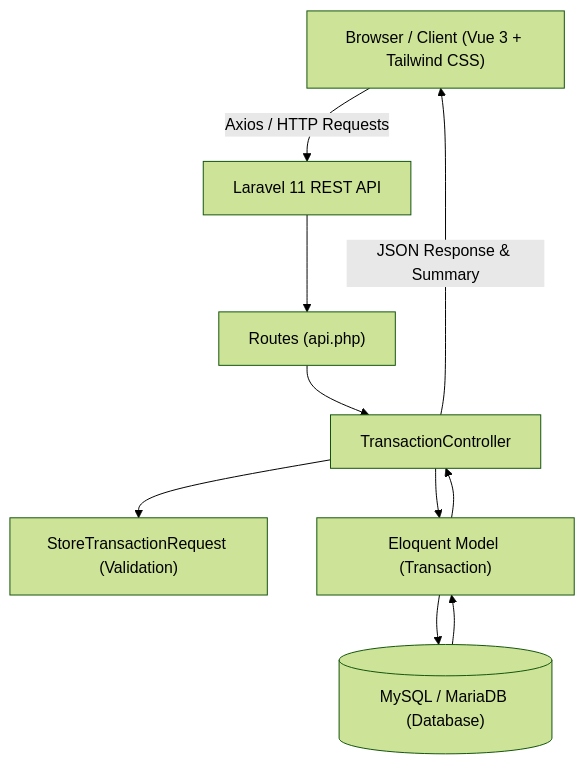
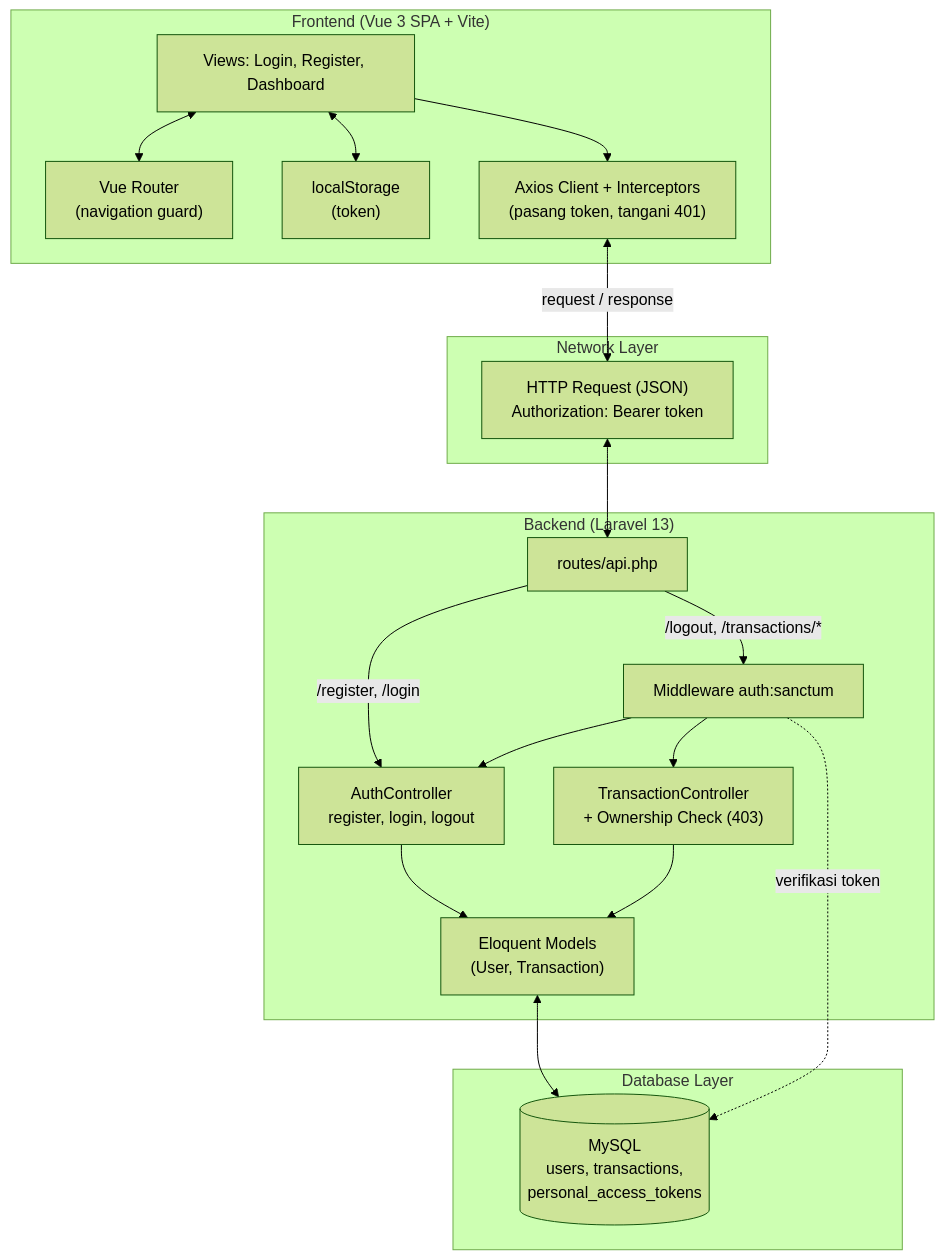
One commit to frielssa/pocket-tracker changed the first of 3 diagrams in README.md. Above: the diagram before and after it, drawn with Mermaid (forest theme). The commit also changed other lines of this file, not shown here.

````diff
--- a/README.md
+++ b/README.md
@@ -44,12 +49,39 @@
 ```mermaid
-graph TD
-    User["Browser / Client (Vue 3 + Tailwind CSS)"] -->|Axios / HTTP Requests| Laravel["Laravel 11 REST API"]
-    Laravel --> Router["Routes (api.php)"]
-    Router --> Controller["TransactionController"]
-    Controller --> Request["StoreTransactionRequest (Validation)"]
-    Controller --> Eloquent["Eloquent Model (Transaction)"]
-    Eloquent --> DB[("MySQL / MariaDB (Database)")]
-    DB --> Eloquent
-    Eloquent --> Controller
-    Controller -->|JSON Response & Summary| User
+flowchart TB
+    subgraph FE["Frontend (Vue 3 SPA + Vite)"]
+        Views["Views: Login, Register, Dashboard"]
+        Router["Vue Router<br/>(navigation guard)"]
+        Storage["localStorage<br/>(token)"]
+        Axios["Axios Client + Interceptors<br/>(pasang token, tangani 401)"]
+        Views <--> Router
+        Views <--> Storage
+        Views --> Axios
+    end
+
+    subgraph NET["Network Layer"]
+        HTTP["HTTP Request (JSON)<br/>Authorization: Bearer token"]
+    end
+
+    subgraph BE["Backend (Laravel 13)"]
+        Routes["routes/api.php"]
+        Auth["AuthController<br/>register, login, logout"]
+        Sanctum["Middleware auth:sanctum"]
+        TC["TransactionController<br/>+ Ownership Check (403)"]
+        Models["Eloquent Models<br/>(User, Transaction)"]
+        Routes -->|"/register, /login"| Auth
+        Routes -->|"/logout, /transactions/*"| Sanctum
+        Sanctum --> Auth
+        Sanctum --> TC
+        Auth --> Models
+        TC --> Models
+    end
+
+    subgraph DBL["Database Layer"]
+        DB[("MySQL<br/>users, transactions,<br/>personal_access_tokens")]
+    end
+
+    Axios <-->|"request / response"| HTTP
+    HTTP <--> Routes
+    Models <--> DB
+    Sanctum -.->|"verifikasi token"| DB
 ```
````
